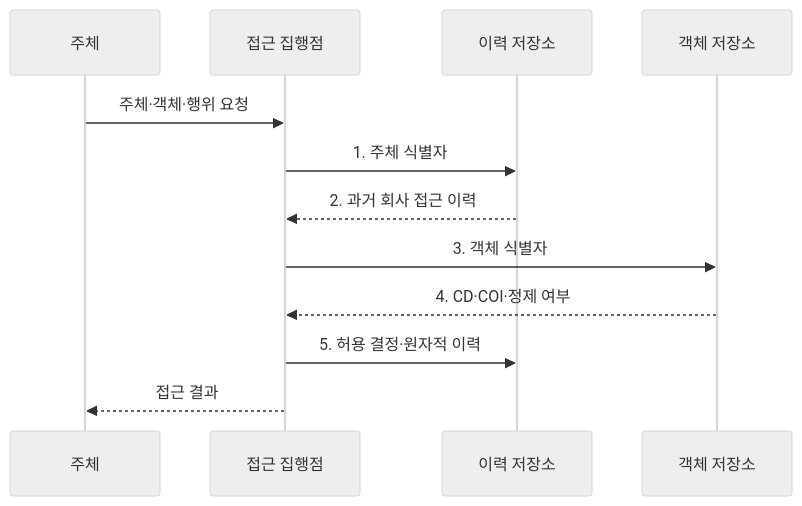
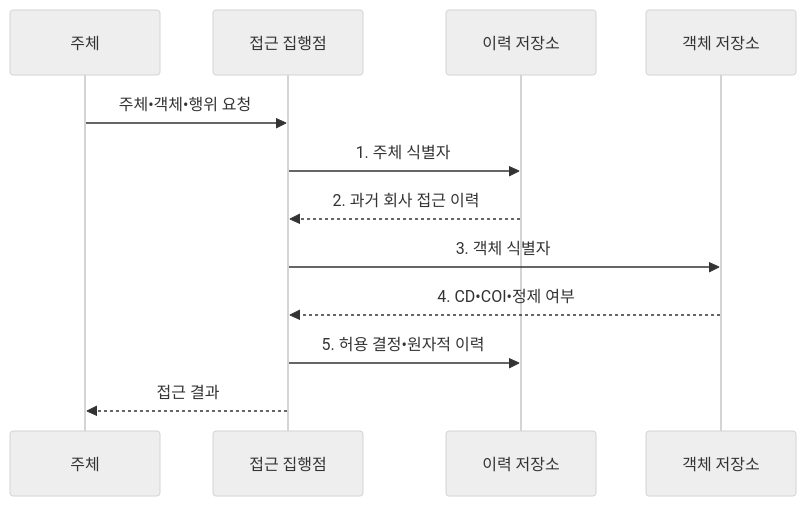
One commit to agnusdei1207/knowledge-base changed the second of 2 diagrams in src/content/docs/notes/05-security/138_brewer_nash_model.md. Above: the diagram before and after it, drawn with Mermaid (neutral theme). The commit also changed other lines of this file and 953 other files, not shown here.

````diff
--- a/src/content/docs/notes/05-security/138_brewer_nash_model.md
+++ b/src/content/docs/notes/05-security/138_brewer_nash_model.md
@@ -99,14 +99,14 @@
 ```mermaid
 sequenceDiagram
   participant S as 주체
   participant E as 접근 집행점
   participant H as 이력 저장소
   participant O as 객체 저장소
-  S->>E: 주체·객체·행위 요청
+  S->>E: 주체•객체•행위 요청
   E->>H: 1. 주체 식별자
   H-->>E: 2. 과거 회사 접근 이력
   E->>O: 3. 객체 식별자
-  O-->>E: 4. CD·COI·정제 여부
-  E->>H: 5. 허용 결정·원자적 이력
+  O-->>E: 4. CD•COI•정제 여부
+  E->>H: 5. 허용 결정•원자적 이력
   E-->>S: 접근 결과
 ```
````
